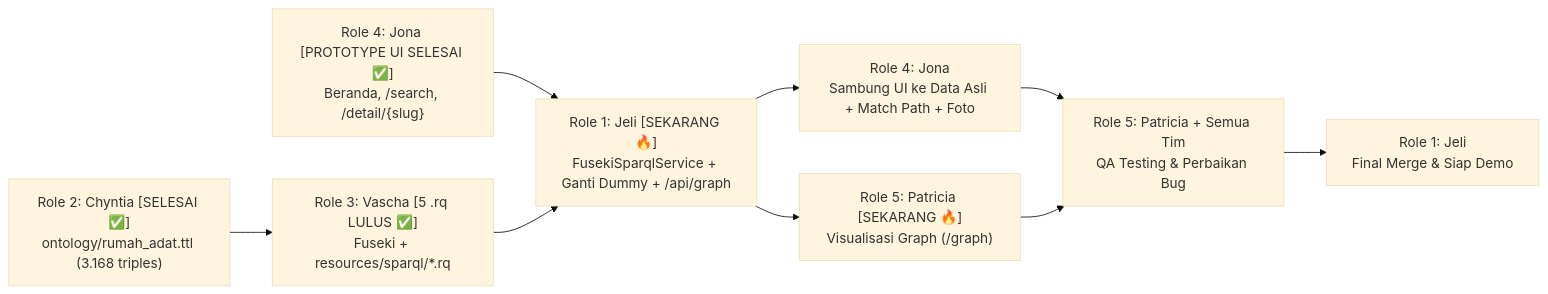
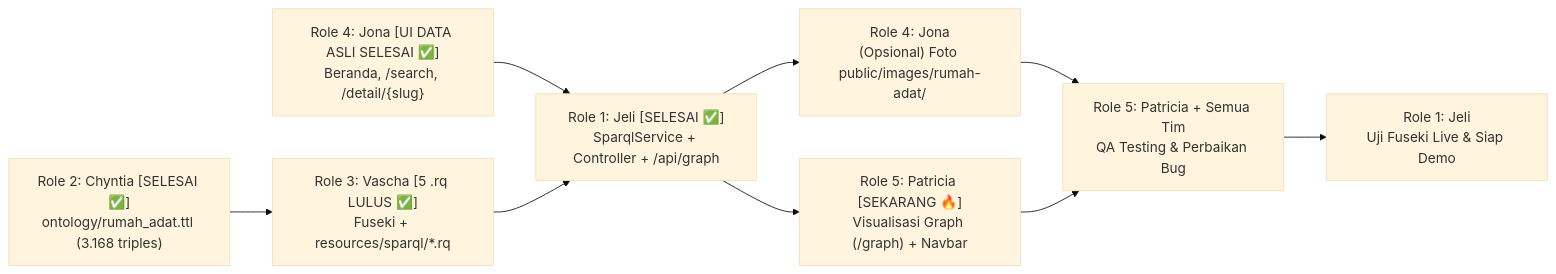
The diagram in tubes_rumah_adat/URUTAN_PENGERJAAN.md (jelialvonzolaia-sys/web-semantik-kelompok07), drawn with Mermaid (base theme) before and after one commit. The commit also changed other lines of this file and 1 other file, not shown here.

````diff
--- a/tubes_rumah_adat/URUTAN_PENGERJAAN.md
+++ b/tubes_rumah_adat/URUTAN_PENGERJAAN.md
@@ -34,11 +34,11 @@
 ```mermaid
 flowchart LR
     R2["Role 2: Chyntia [SELESAI ✅]<br/>ontology/rumah_adat.ttl (3.168 triples)"] --> R3["Role 3: Vascha [5 .rq LULUS ✅]<br/>Fuseki + resources/sparql/*.rq"]
-    R4P["Role 4: Jona [PROTOTYPE UI SELESAI ✅]<br/>Beranda, /search, /detail/{slug}"] --> R1["Role 1: Jeli [SEKARANG 🔥]<br/>FusekiSparqlService + Ganti Dummy + /api/graph"]
+    R4P["Role 4: Jona [UI DATA ASLI SELESAI ✅]<br/>Beranda, /search, /detail/{slug}"] --> R1["Role 1: Jeli [SELESAI ✅]<br/>SparqlService + Controller + /api/graph"]
     R3 --> R1
-    R1 --> R4F["Role 4: Jona<br/>Sambung UI ke Data Asli + Match Path + Foto"]
-    R1 --> R5["Role 5: Patricia [SEKARANG 🔥]<br/>Visualisasi Graph (/graph)"]
+    R1 --> R4F["Role 4: Jona<br/>(Opsional) Foto public/images/rumah-adat/"]
+    R1 --> R5["Role 5: Patricia [SEKARANG 🔥]<br/>Visualisasi Graph (/graph) + Navbar"]
     R4F --> QA["Role 5: Patricia + Semua Tim<br/>QA Testing & Perbaikan Bug"]
     R5 --> QA
-    QA --> DEMO["Role 1: Jeli<br/>Final Merge & Siap Demo"]
+    QA --> DEMO["Role 1: Jeli<br/>Uji Fuseki Live & Siap Demo"]
 ```
````
